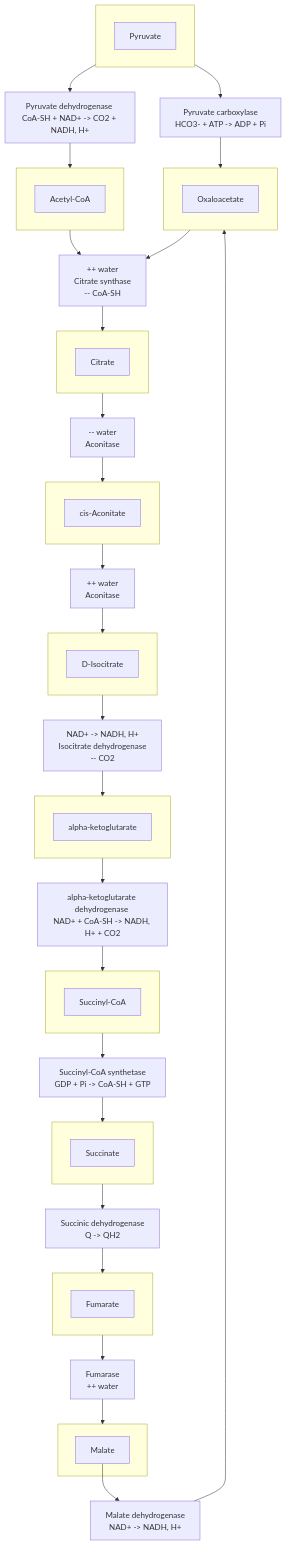
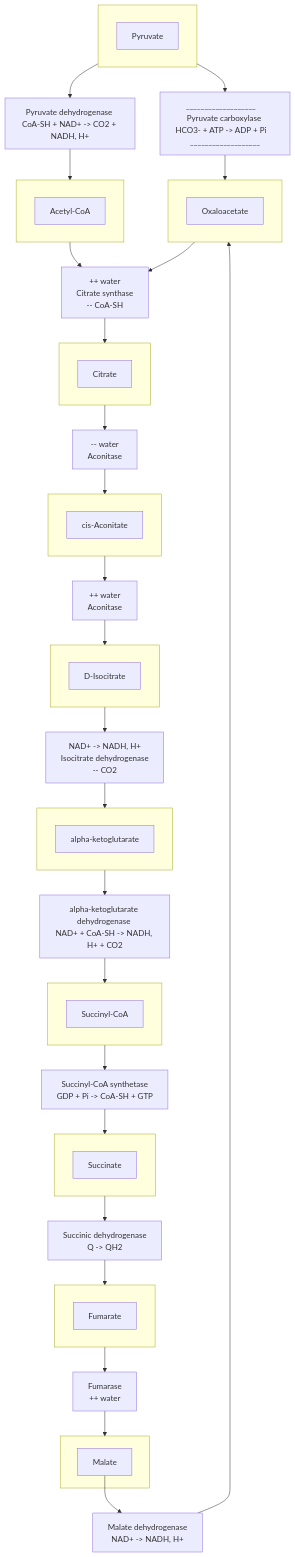
Before and after one commit to Anna-M-Hoffman/metabolism_study: the diagram in krebbs.mmd, drawn with Mermaid. The commit also changed 2 other files, not shown here.

```diff
--- a/krebbs.mmd
+++ b/krebbs.mmd
@@ -1,108 +1,108 @@
 graph TD
 
 subgraph 1_outer[" "]
     1["Pyruvate"]
 end
     
-    2["Pyruvate carboxylase \nHCO3- + ATP -> ADP + Pi"]
+    2["___________________    Pyruvate carboxylase \nHCO3- + ATP -> ADP + Pi    ___________________"]
 
     3["Pyruvate dehydrogenase \nCoA-SH + NAD+ -> CO2 + NADH, H+"]
 
 
 subgraph 5_outer[" "]
     5["Oxaloacetate"]
 end
 
     
 subgraph 6_outer[" "]
     6["Acetyl-CoA"]
 end
 
 
     7["++ water \nCitrate synthase \n -- CoA-SH"]
 
 
 subgraph 8_outer[" "]
     8["Citrate"]
 end
 
     9["-- water \nAconitase"]
 
 
 subgraph 10_outer[" "]
     10["cis-Aconitate"]
 end
 
     11["++ water \nAconitase"]
 
 subgraph 12_outer[" "]
     12["D-Isocitrate"]
 end
 
 
     13["NAD+ -> NADH, H+ \nIsocitrate dehydrogenase \n-- CO2"]
 
 
 subgraph 14_outer[" "]
     14["alpha-ketoglutarate"]
 end
 
 
     15["alpha-ketoglutarate dehydrogenase \nNAD+ + CoA-SH -> NADH, H+ + CO2"]
 
 
 subgraph 16_outer[" "]
     16["Succinyl-CoA"]
 end
 
     17["Succinyl-CoA synthetase \nGDP + Pi -> CoA-SH + GTP"]
 
 subgraph 18_outer[" "]
     18["Succinate"]
 end
 
     19["Succinic dehydrogenase \nQ -> QH2"]
 
 
 subgraph 20_outer[" "]
     20["Fumarate"]
 end
 
     21["Fumarase \n ++ water"]
 
 subgraph 22_outer[" "]
     22["Malate"]
 end
 
     23["Malate dehydrogenase \nNAD+ -> NADH, H+"]
 
 
 
 1_outer --> 2
 1_outer --> 3
 
 2 --> 5_outer
 
 3 --> 6_outer
 
 6_outer --> 7
 5_outer --> 7
 
 7 --> 8_outer
 8_outer --> 9
 9 --> 10_outer
 10_outer --> 11
 11 --> 12_outer
 12_outer --> 13
 13 --> 14_outer
 14_outer --> 15
 15 --> 16_outer
 16_outer --> 17
 17 --> 18_outer
 18_outer --> 19
 19 --> 20_outer
 20_outer --> 21
 21 --> 22_outer
 22 --> 23
 
 23 --> 5_outer
```
